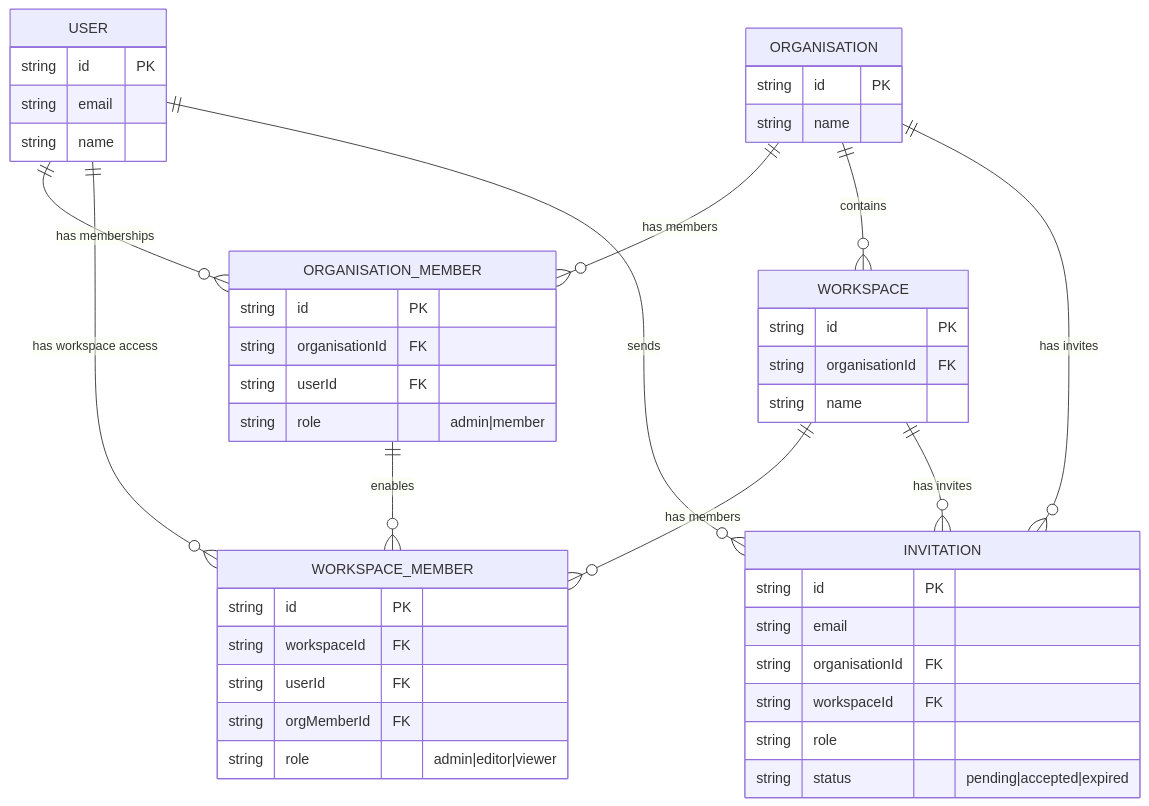
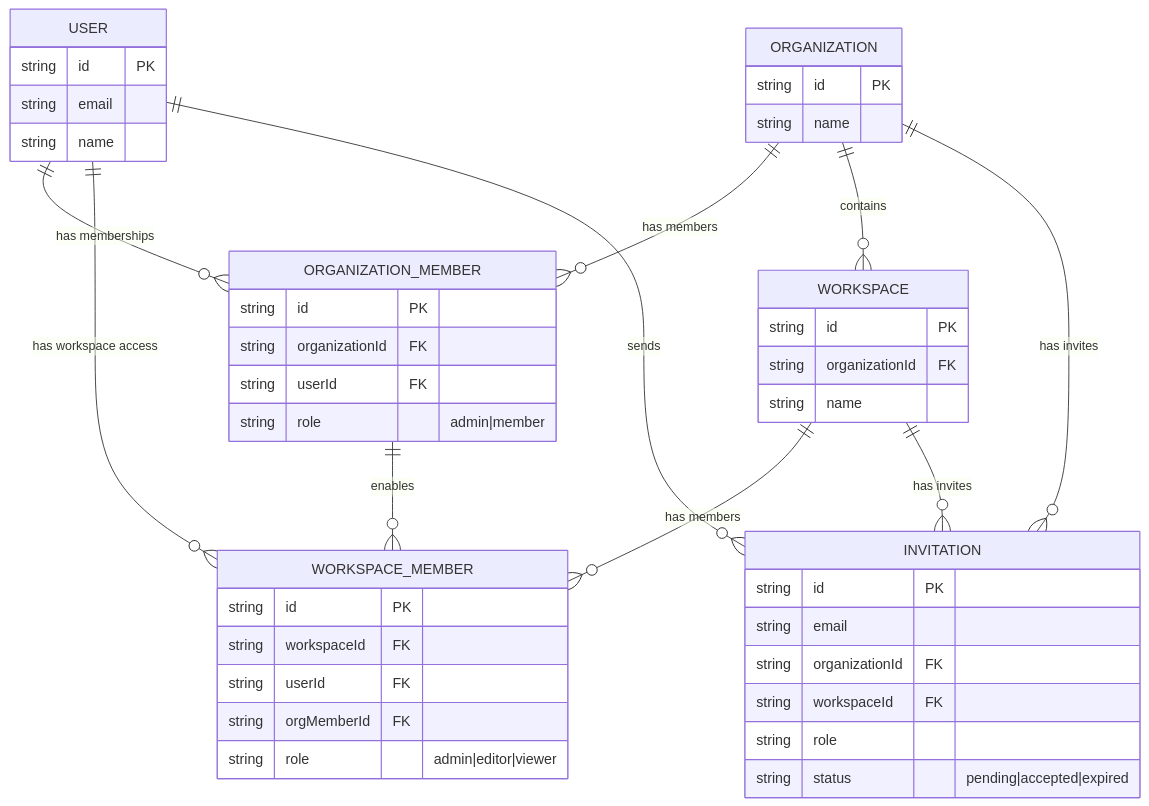
The third of 3 diagrams in plans/better-auth-implementation.md (willdady/platypus), drawn with Mermaid before and after one commit. The commit also changed other lines of this file and 120 other files, not shown here.

Commit message:
fix(spelling): renamed all occurances of "organisation" to US spelling "organization"

````diff
--- a/plans/better-auth-implementation.md
+++ b/plans/better-auth-implementation.md
@@ -1420,56 +1420,56 @@
 ```mermaid
 erDiagram
-    USER ||--o{ ORGANISATION_MEMBER : "has memberships"
+    USER ||--o{ ORGANIZATION_MEMBER : "has memberships"
     USER ||--o{ WORKSPACE_MEMBER : "has workspace access"
     USER ||--o{ INVITATION : "sends"
 
-    ORGANISATION ||--o{ ORGANISATION_MEMBER : "has members"
-    ORGANISATION ||--o{ WORKSPACE : "contains"
-    ORGANISATION ||--o{ INVITATION : "has invites"
+    ORGANIZATION ||--o{ ORGANIZATION_MEMBER : "has members"
+    ORGANIZATION ||--o{ WORKSPACE : "contains"
+    ORGANIZATION ||--o{ INVITATION : "has invites"
 
     WORKSPACE ||--o{ WORKSPACE_MEMBER : "has members"
     WORKSPACE ||--o{ INVITATION : "has invites"
 
-    ORGANISATION_MEMBER ||--o{ WORKSPACE_MEMBER : "enables"
+    ORGANIZATION_MEMBER ||--o{ WORKSPACE_MEMBER : "enables"
 
     USER {
         string id PK
         string email
         string name
     }
 
-    ORGANISATION {
+    ORGANIZATION {
         string id PK
         string name
     }
 
     WORKSPACE {
         string id PK
-        string organisationId FK
+        string organizationId FK
         string name
     }
 
-    ORGANISATION_MEMBER {
+    ORGANIZATION_MEMBER {
         string id PK
-        string organisationId FK
+        string organizationId FK
         string userId FK
         string role "admin|member"
     }
 
     WORKSPACE_MEMBER {
         string id PK
         string workspaceId FK
         string userId FK
         string orgMemberId FK
         string role "admin|editor|viewer"
     }
 
     INVITATION {
         string id PK
         string email
-        string organisationId FK
+        string organizationId FK
         string workspaceId FK
         string role
         string status "pending|accepted|expired"
     }
 ```
````
